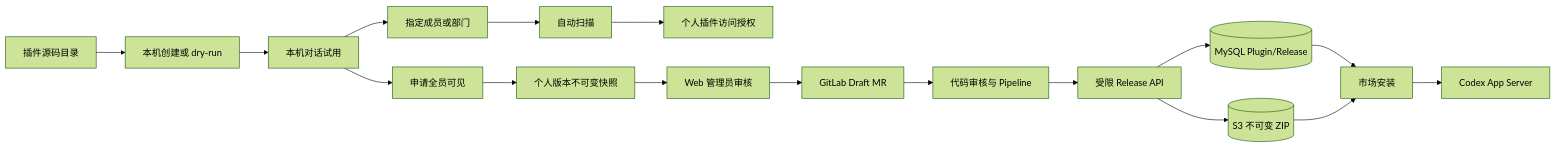
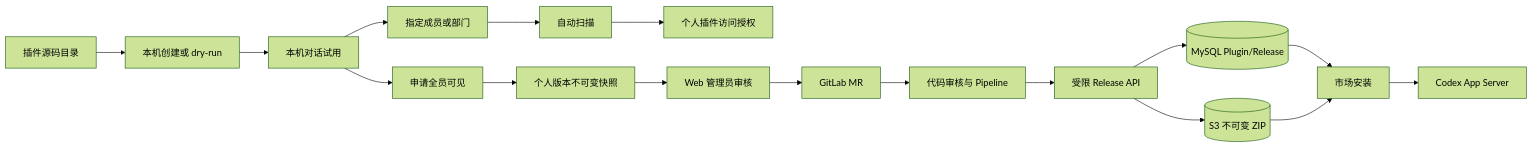
The diagram in docs/zh/wework/developer-guide/wework-plugin-marketplace-dev.md (wecode-ai/Wegent), drawn with Mermaid (forest theme) before and after one commit. The commit also changed other lines of this file and 77 other files, not shown here.

````diff
--- a/docs/zh/wework/developer-guide/wework-plugin-marketplace-dev.md
+++ b/docs/zh/wework/developer-guide/wework-plugin-marketplace-dev.md
@@ -26,19 +26,19 @@
 ```mermaid
 flowchart LR
   source[插件源码目录] --> local[本机创建或 dry-run]
   local --> test[本机对话试用]
   test --> share[指定成员或部门]
   share --> scan[自动扫描]
   scan --> acl[个人插件访问授权]
   test --> apply[申请全员可见]
   apply --> snapshot[个人版本不可变快照]
   snapshot --> admin[Web 管理员审核]
-  admin --> mr[GitLab Draft MR]
+  admin --> mr[GitLab MR]
   mr --> pipeline[代码审核与 Pipeline]
   pipeline --> release[受限 Release API]
   release --> mysql[(MySQL Plugin/Release)]
   release --> s3[(S3 不可变 ZIP)]
   mysql --> install[市场安装]
   s3 --> install
   install --> codex[Codex App Server]
 ```
````
